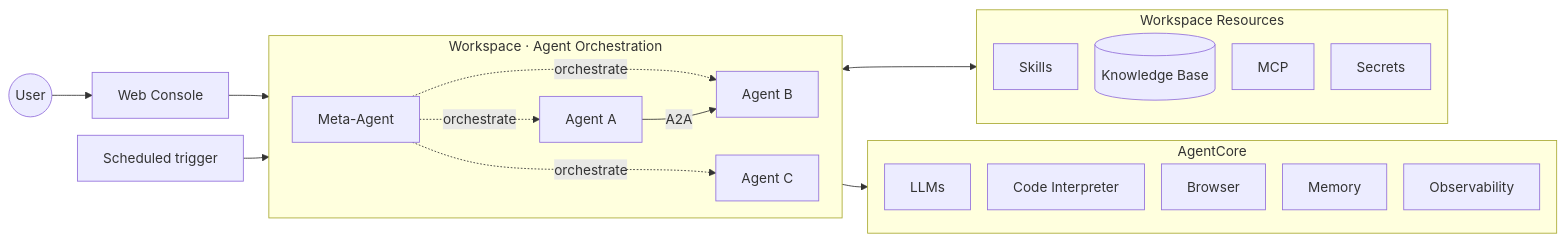
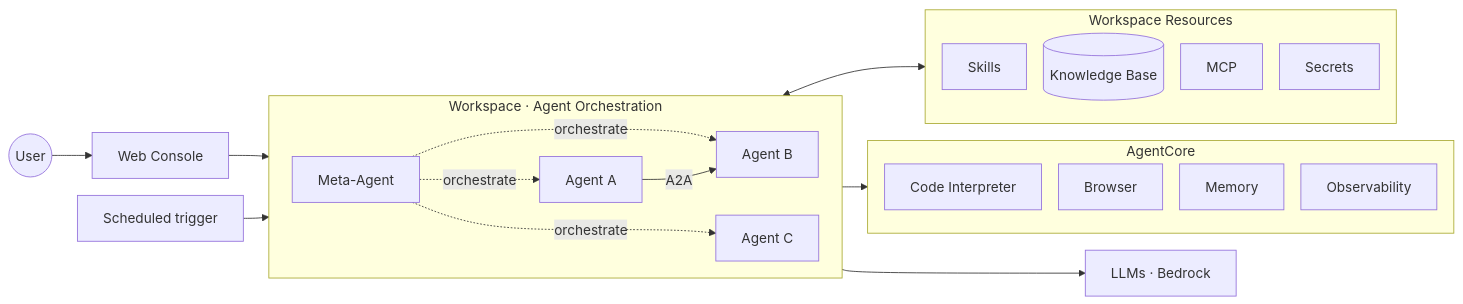
The second of 2 diagrams in README.md (ddpie/agent-studio), drawn with Mermaid before and after one commit. The commit also changed other lines of this file, not shown here.

Commit message:
fix(docs): move LLMs out of AgentCore subgraph in architecture diagrams
LLM inference is a separate Bedrock service, not part of AgentCore Runtime.

````diff
--- a/README.md
+++ b/README.md
@@ -222,34 +224,36 @@
 ```mermaid
 %%{init: {'flowchart': {'nodeSpacing': 20, 'rankSpacing': 30}} }%%
 flowchart LR
     User((User)) --> Web[Web Console]
     Web & Cron[Scheduled trigger] --> WS
 
     subgraph WS["Workspace · Agent Orchestration"]
         direction LR
         Meta[Meta-Agent] -.orchestrate.-> A1 & A2 & A3
         A1[Agent A] -->|A2A| A2[Agent B]
         A3[Agent C]
         A1 ~~~ A3
     end
 
     subgraph Res["Workspace Resources"]
         direction TB
         S[Skills]
         K[(Knowledge Base)]
         M[MCP]
         Se[Secrets]
     end
 
     subgraph AC[AgentCore]
         direction TB
-        L[LLMs]
         CI[Code Interpreter]
         B[Browser]
         Me[Memory]
         O[Observability]
     end
 
+    LLM[LLMs · Bedrock]
+
     WS <--> Res
     WS --> AC
+    WS --> LLM
 ```
````
